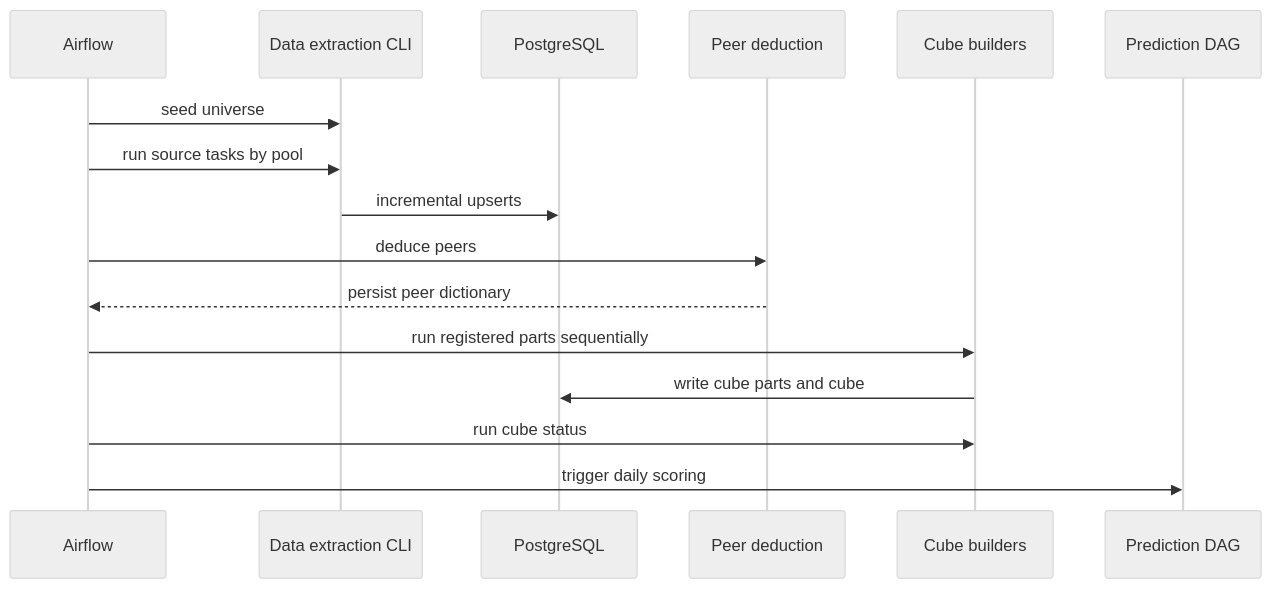
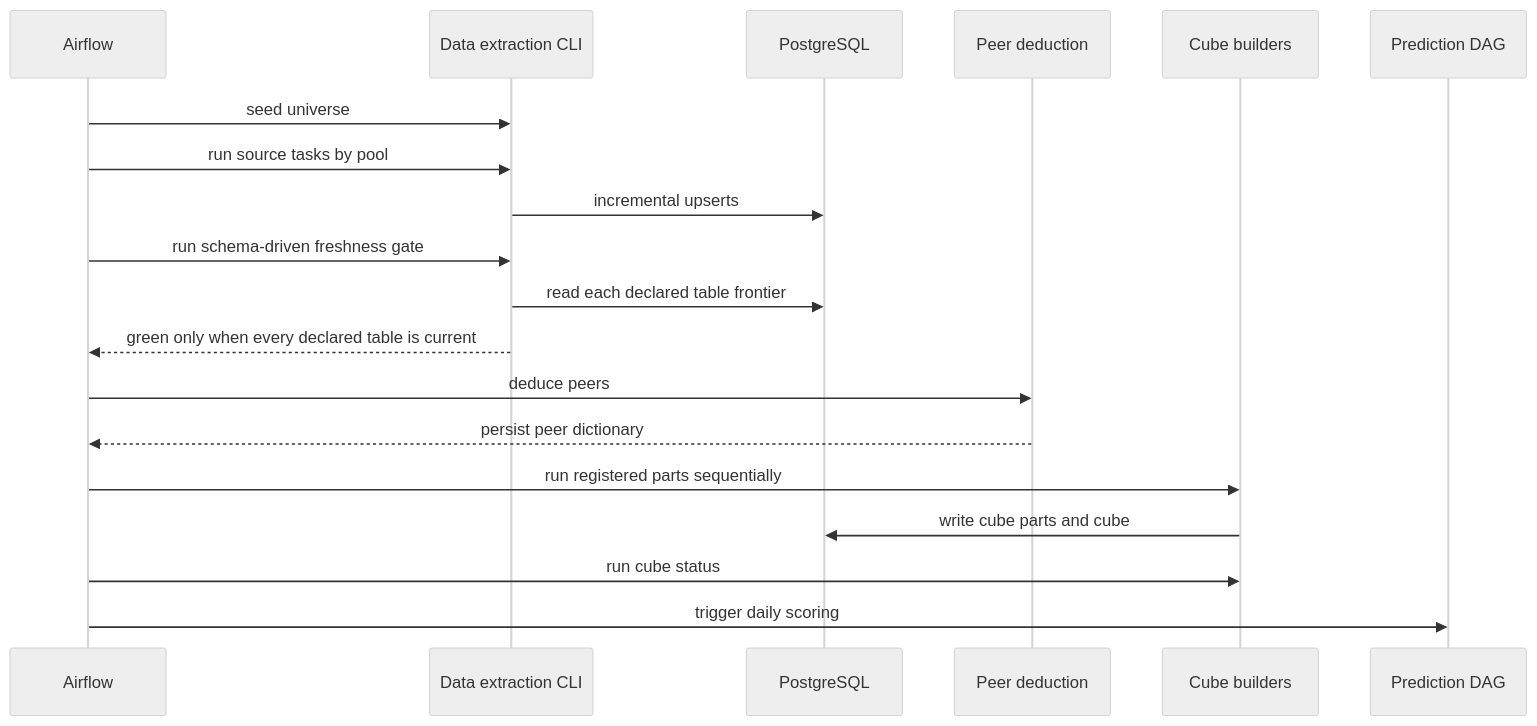
One commit to alexandredelarrard/PEA changed the diagram in wiki/flows/nightly-data-refresh.md. Above: the diagram before and after it, drawn with Mermaid (neutral theme). The commit also changed other lines of this file and 27 other files, not shown here.

```diff
--- a/wiki/flows/nightly-data-refresh.md
+++ b/wiki/flows/nightly-data-refresh.md
@@ -21,18 +21,21 @@
 ~~~mermaid
 sequenceDiagram
   participant Airflow
   participant Extract as Data extraction CLI
   participant Store as PostgreSQL
   participant Peers as Peer deduction
   participant Cube as Cube builders
   participant Predict as Prediction DAG
   Airflow->>Extract: seed universe
   Airflow->>Extract: run source tasks by pool
   Extract->>Store: incremental upserts
+  Airflow->>Extract: run schema-driven freshness gate
+  Extract->>Store: read each declared table frontier
+  Extract-->>Airflow: green only when every declared table is current
   Airflow->>Peers: deduce peers
   Peers-->>Airflow: persist peer dictionary
   Airflow->>Cube: run registered parts sequentially
   Cube->>Store: write cube parts and cube
   Airflow->>Cube: run cube status
   Airflow->>Predict: trigger daily scoring
 ~~~
```
